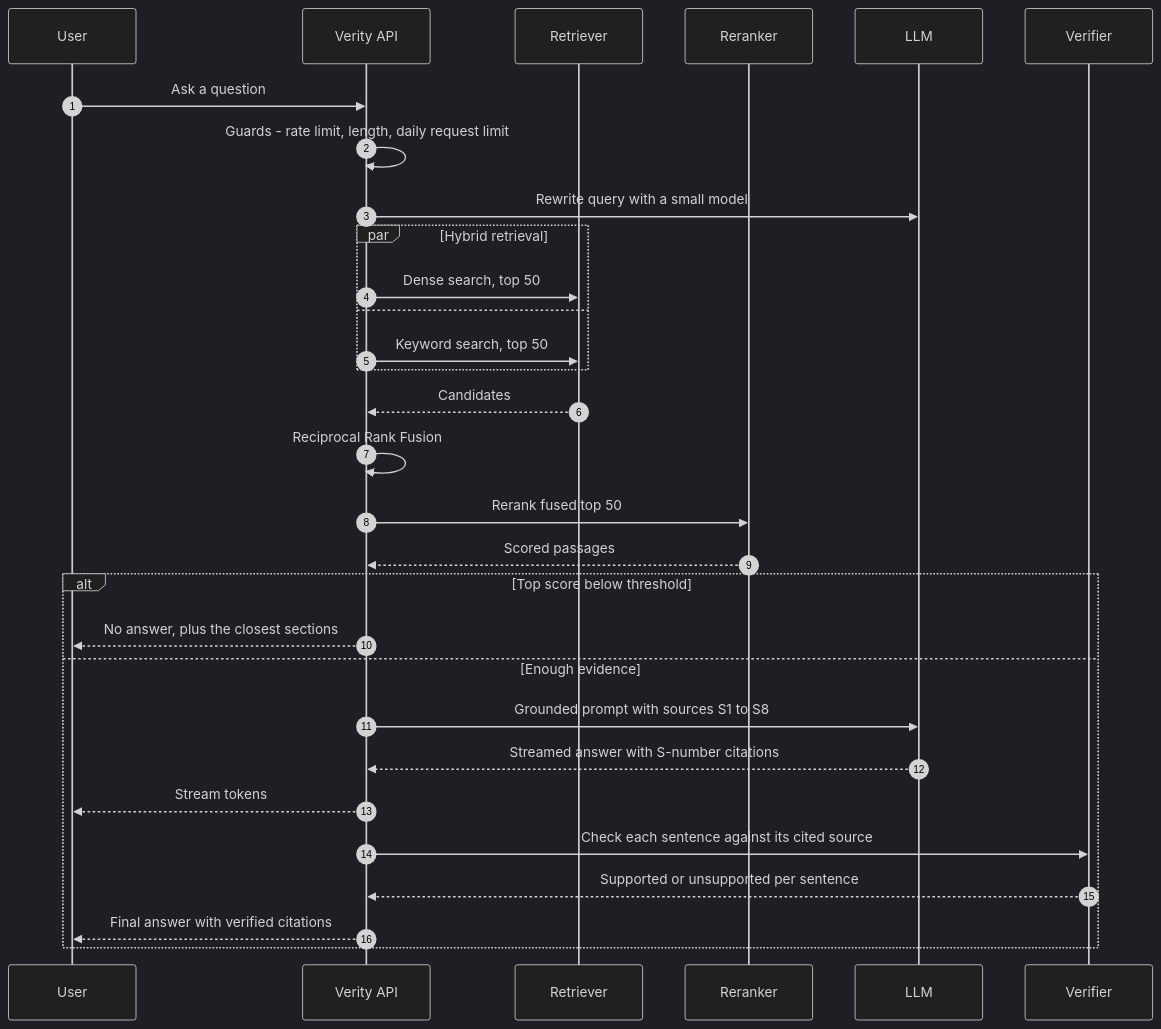
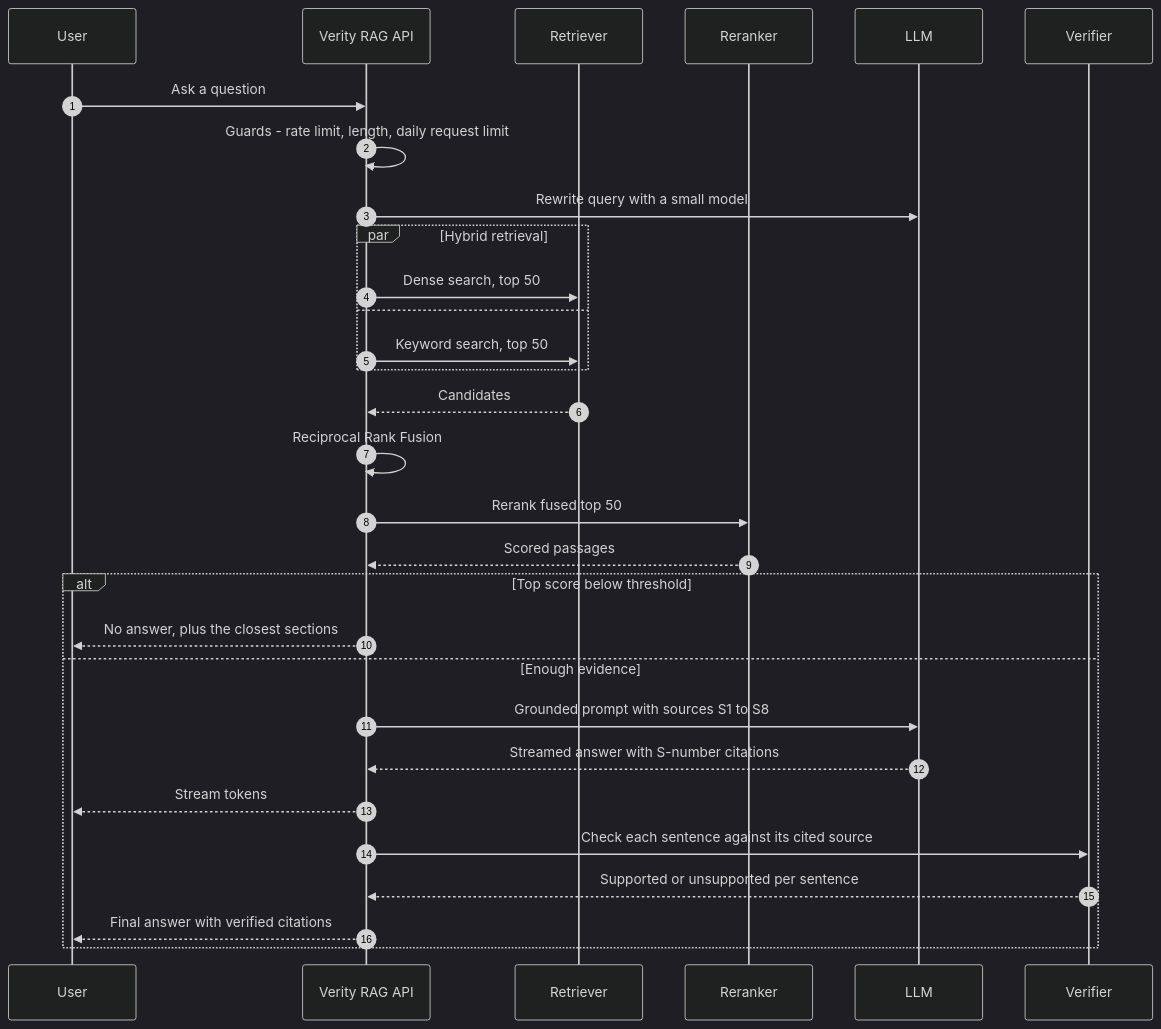
The third of 5 diagrams in docs/design/02-architecture.md (dileepadev/verity-rag), drawn with Mermaid (dark theme) before and after one commit. The commit also changed other lines of this file and 26 other files, not shown here.

First line of the commit message:
docs(repo): Rename the project to Verity RAG (refs #5)

````diff
--- a/docs/design/02-architecture.md
+++ b/docs/design/02-architecture.md
@@ -65,32 +65,32 @@
 ```mermaid
 sequenceDiagram
     autonumber
     participant U as User
-    participant API as Verity API
+    participant API as Verity RAG API
     participant R as Retriever
     participant RR as Reranker
     participant L as LLM
     participant V as Verifier
     U->>API: Ask a question
     API->>API: Guards - rate limit, length, daily request limit
     API->>L: Rewrite query with a small model
     par Hybrid retrieval
         API->>R: Dense search, top 50
     and
         API->>R: Keyword search, top 50
     end
     R-->>API: Candidates
     API->>API: Reciprocal Rank Fusion
     API->>RR: Rerank fused top 50
     RR-->>API: Scored passages
     alt Top score below threshold
         API-->>U: No answer, plus the closest sections
     else Enough evidence
         API->>L: Grounded prompt with sources S1 to S8
         L-->>API: Streamed answer with S-number citations
         API-->>U: Stream tokens
         API->>V: Check each sentence against its cited source
         V-->>API: Supported or unsupported per sentence
         API-->>U: Final answer with verified citations
     end
 ```
````
